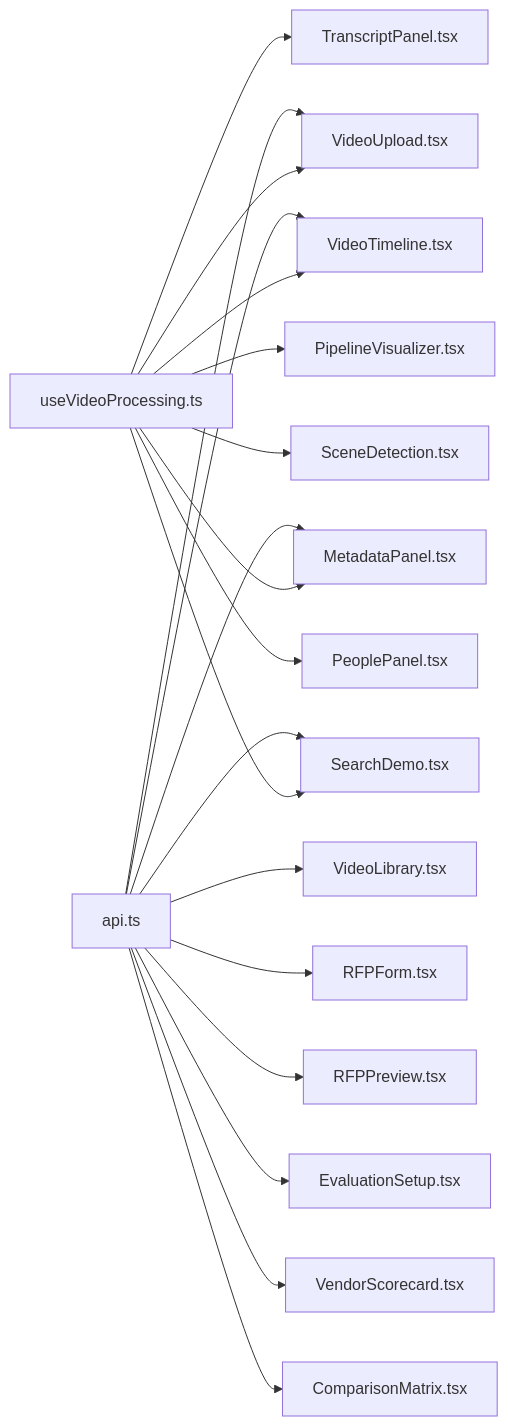
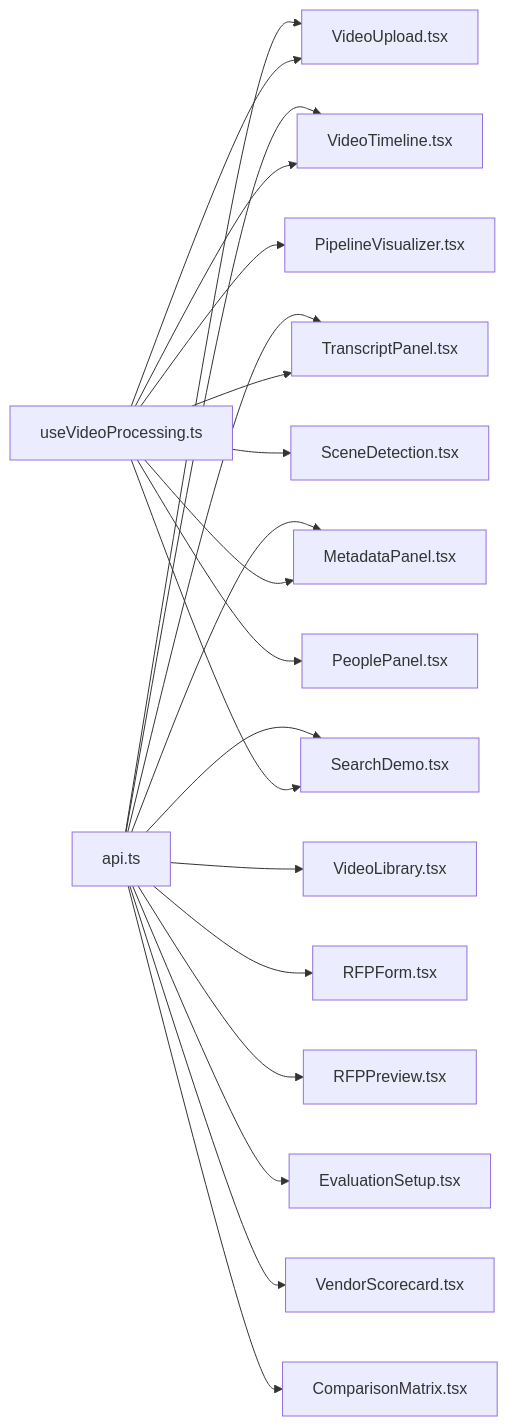
Before and after one commit to alexandreybasta-cyber/dubai-media-ai: the third of 3 diagrams in .qoder/repowiki/en/content/Frontend Application/Component Library.md, drawn with Mermaid. The commit also changed other lines of this file and 73 other files, not shown here.

````diff
--- a/.qoder/repowiki/en/content/Frontend Application/Component Library.md
+++ b/.qoder/repowiki/en/content/Frontend Application/Component Library.md
@@ -747,21 +761,22 @@
 ```mermaid
 graph LR
 UV["useVideoProcessing.ts"] --> VU["VideoUpload.tsx"]
 UV --> VT["VideoTimeline.tsx"]
 UV --> TP["TranscriptPanel.tsx"]
 UV --> MP["MetadataPanel.tsx"]
 UV --> SD["SearchDemo.tsx"]
 UV --> PV["PipelineVisualizer.tsx"]
 UV --> SC["SceneDetection.tsx"]
 UV --> PP["PeoplePanel.tsx"]
 API["api.ts"] --> VU
 API --> VT
+API --> TP
 API --> MP
 API --> SD
 API --> VL["VideoLibrary.tsx"]
 API --> RF["RFPForm.tsx"]
 API --> RP["RFPPreview.tsx"]
 API --> ES["EvaluationSetup.tsx"]
 API --> VS["VendorScorecard.tsx"]
 API --> CM["ComparisonMatrix.tsx"]
 ```
````
